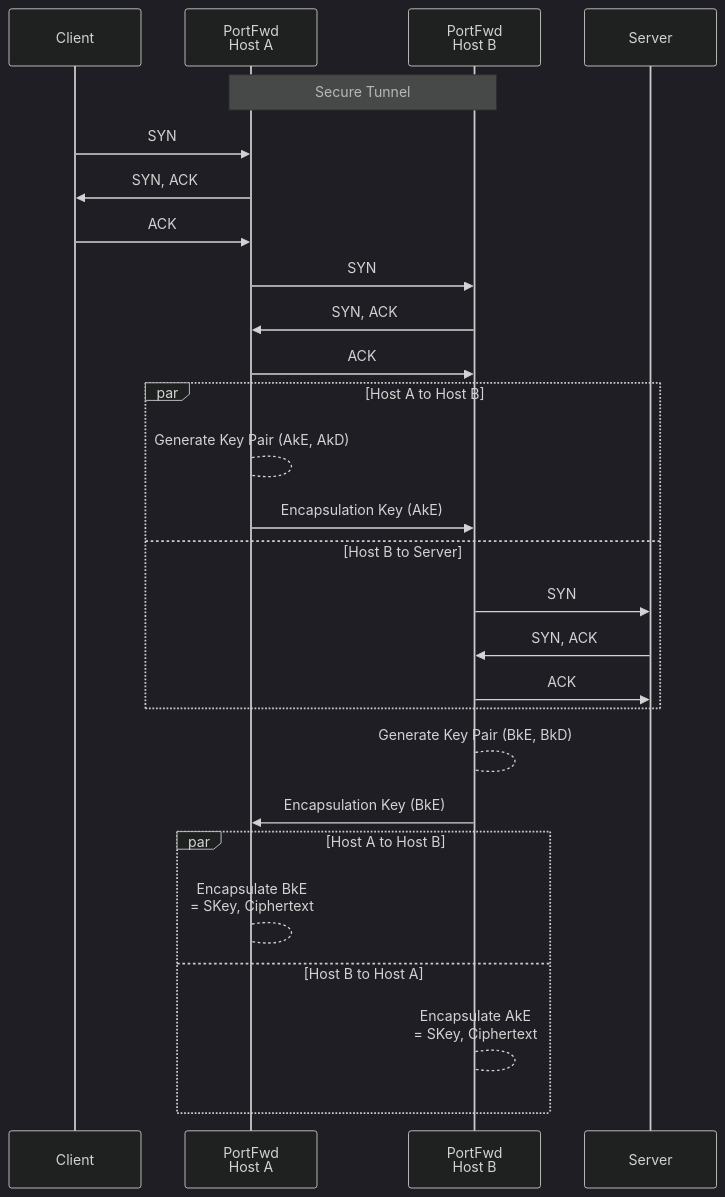
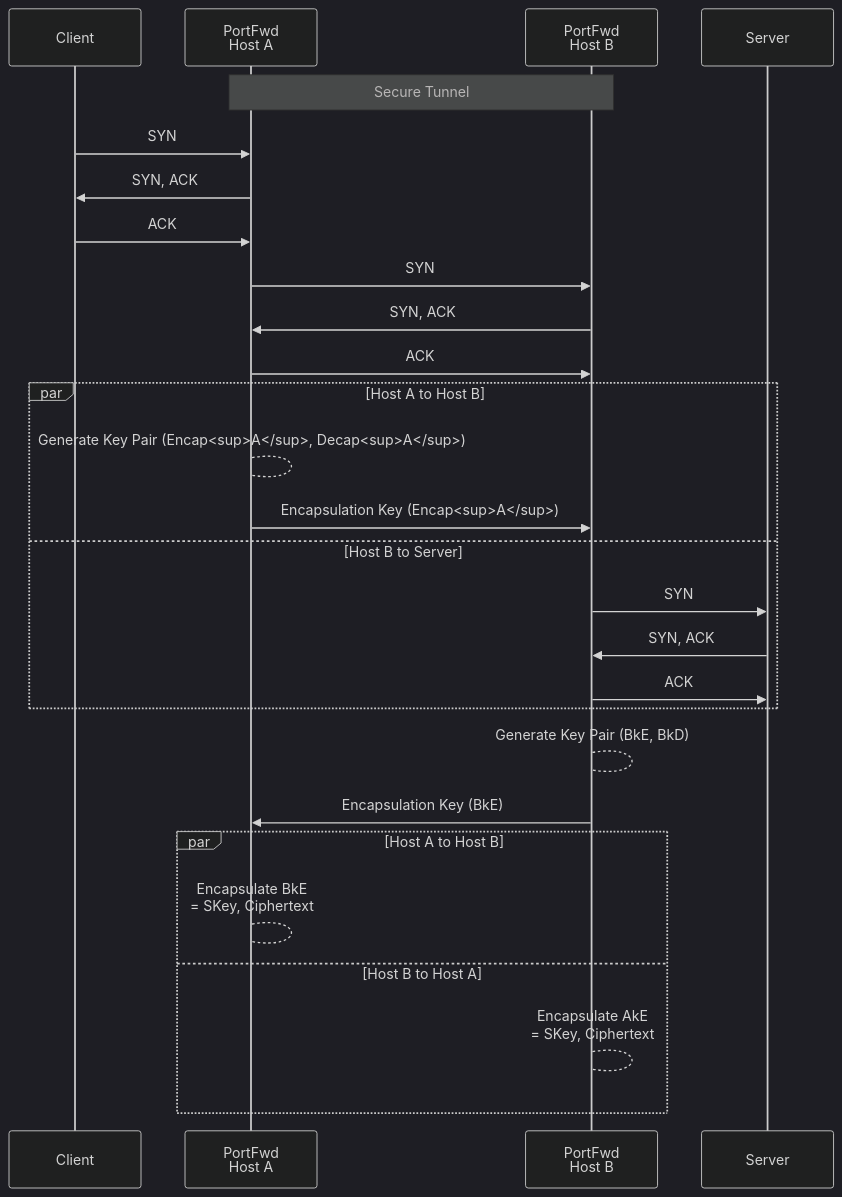
The diagram in README.md (cmason3/portfwd), drawn with Mermaid (dark theme) before and after one commit.

````diff
--- a/README.md
+++ b/README.md
@@ -32,32 +32,32 @@
 ```mermaid
 sequenceDiagram
     participant C as Client
     participant A as PortFwd<br />Host A
     participant B as PortFwd<br />Host B
     participant S as Server
     Note over A,B: Secure Tunnel
     C->>A: SYN
     A->>C: SYN, ACK
     C->>A: ACK
     A->>B: SYN
     B->>A: SYN, ACK
     A->>B: ACK
 
     par Host A to Host B
-      A-->A: Generate Key Pair (AkE, AkD)
-      A->>B: Encapsulation Key (AkE)
+      A-->A: Generate Key Pair (Encap<sup>A</sup>, Decap<sup>A</sup>)
+      A->>B: Encapsulation Key (Encap<sup>A</sup>)
     and Host B to Server
       B->>S: SYN
       S->>B: SYN, ACK
       B->>S: ACK
     end
 
     B-->B: Generate Key Pair (BkE, BkD)
     B->>A: Encapsulation Key (BkE)
 
     par Host A to Host B
       A-->A: Encapsulate BkE<br />= SKey, Ciphertext
     and Host B to Host A
       B-->B: Encapsulate AkE<br />= SKey, Ciphertext
     end
 ```
````
